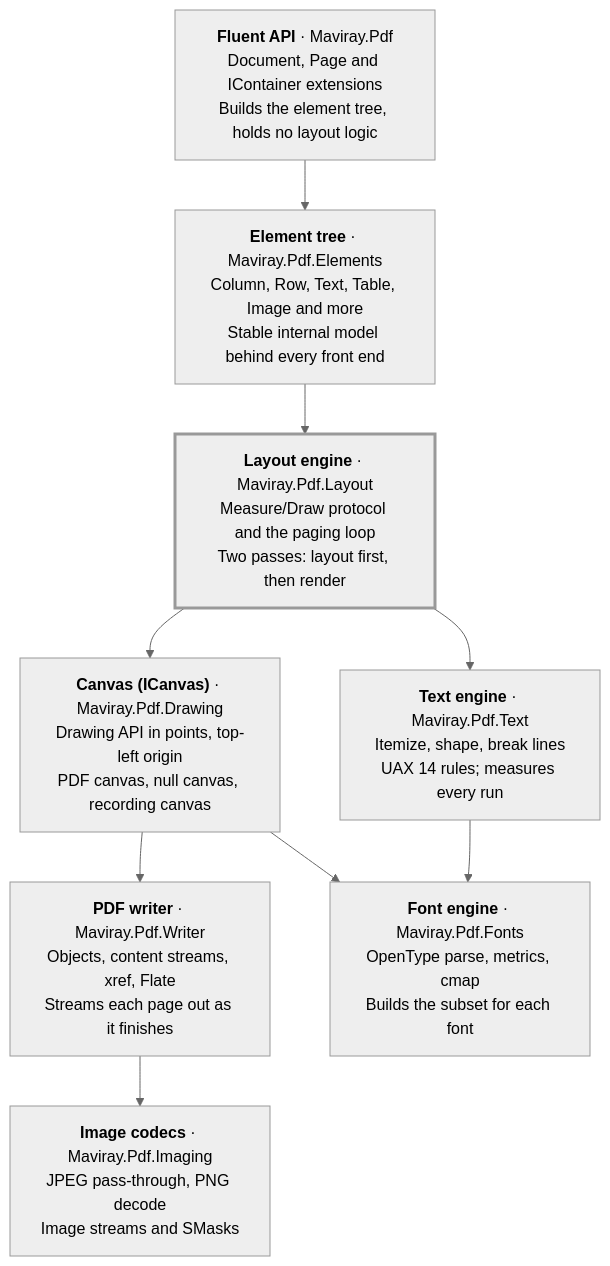
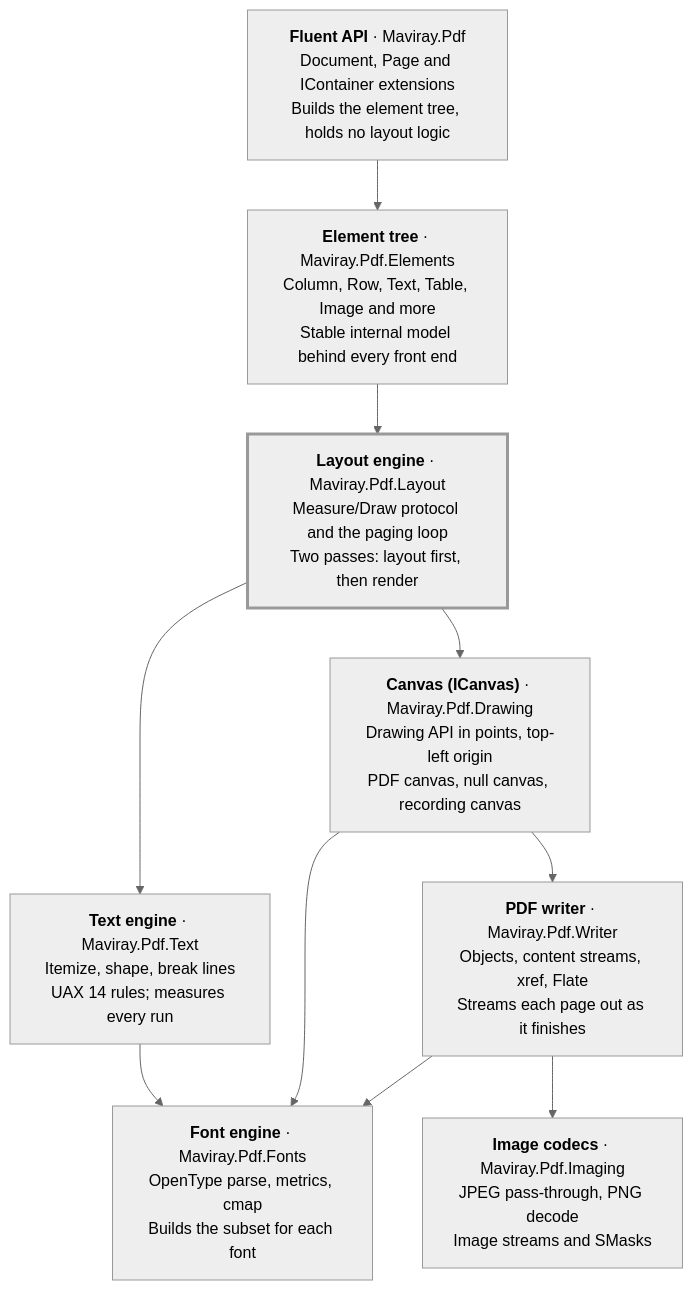
One commit to Maviray/pdf changed the first of 2 diagrams in docs/design/Maviray.Pdf-Design-Document.md. Above: the diagram before and after it, drawn with Mermaid (neutral theme). The commit also changed other lines of this file and 2 other files, not shown here.

First line of the commit message:
docs: specify P1 Fonts for release 0.1.0

````diff
--- a/docs/design/Maviray.Pdf-Design-Document.md
+++ b/docs/design/Maviray.Pdf-Design-Document.md
@@ -120,18 +122,19 @@
 ```mermaid
 flowchart TD
     api["<b>Fluent API</b> · Maviray.Pdf<br/>Document, Page and IContainer extensions<br/>Builds the element tree, holds no layout logic"]
     tree["<b>Element tree</b> · Maviray.Pdf.Elements<br/>Column, Row, Text, Table, Image and more<br/>Stable internal model behind every front end"]
     layout["<b>Layout engine</b> · Maviray.Pdf.Layout<br/>Measure/Draw protocol and the paging loop<br/>Two passes: layout first, then render"]
     canvas["<b>Canvas (ICanvas)</b> · Maviray.Pdf.Drawing<br/>Drawing API in points, top-left origin<br/>PDF canvas, null canvas, recording canvas"]
     writer["<b>PDF writer</b> · Maviray.Pdf.Writer<br/>Objects, content streams, xref, Flate<br/>Streams each page out as it finishes"]
     text["<b>Text engine</b> · Maviray.Pdf.Text<br/>Itemize, shape, break lines<br/>UAX 14 rules; measures every run"]
     fonts["<b>Font engine</b> · Maviray.Pdf.Fonts<br/>OpenType parse, metrics, cmap<br/>Builds the subset for each font"]
     images["<b>Image codecs</b> · Maviray.Pdf.Imaging<br/>JPEG pass-through, PNG decode<br/>Image streams and SMasks"]
 
     api --> tree --> layout --> canvas --> writer
     layout --> text --> fonts
     canvas --> fonts
+    writer --> fonts
     writer --> images
 
     style layout stroke-width:3px
 ```
````
